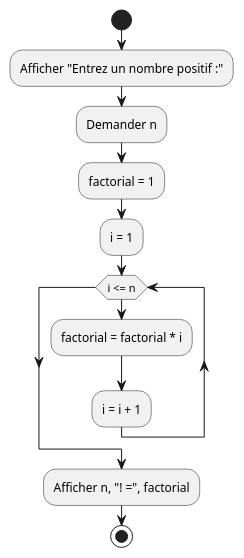
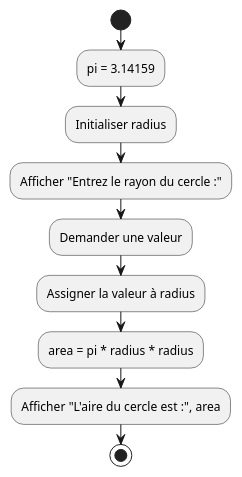
Before and after one commit to HEIG-VD-Prog-Course/HEIG-VD-ProgIM-Course: the third of 10 diagrams in 02.01-sequence-selection-iteration/02-exercices/README.md, drawn with PlantUML. The commit also changed other lines of this file, not shown here.

````diff
--- a/02.01-sequence-selection-iteration/02-exercices/README.md
+++ b/02.01-sequence-selection-iteration/02-exercices/README.md
@@ -314,15 +339,13 @@
 ```plantuml
 @startuml
 start
-:Afficher "Entrez un nombre positif :";
-:Demander n;
-:factorial = 1;
-:i = 1;
-while (i <= n)
-    :factorial = factorial * i;
-    :i = i + 1;
-endwhile
-:Afficher n, "! =", factorial;
+:pi = 3.14159;
+:Initialiser radius;
+:Afficher "Entrez le rayon du cercle :";
+:Demander une valeur;
+:Assigner la valeur à radius;
+:area = pi * radius * radius;
+:Afficher "L'aire du cercle est :", area;
 stop
 @enduml
 ```
````
